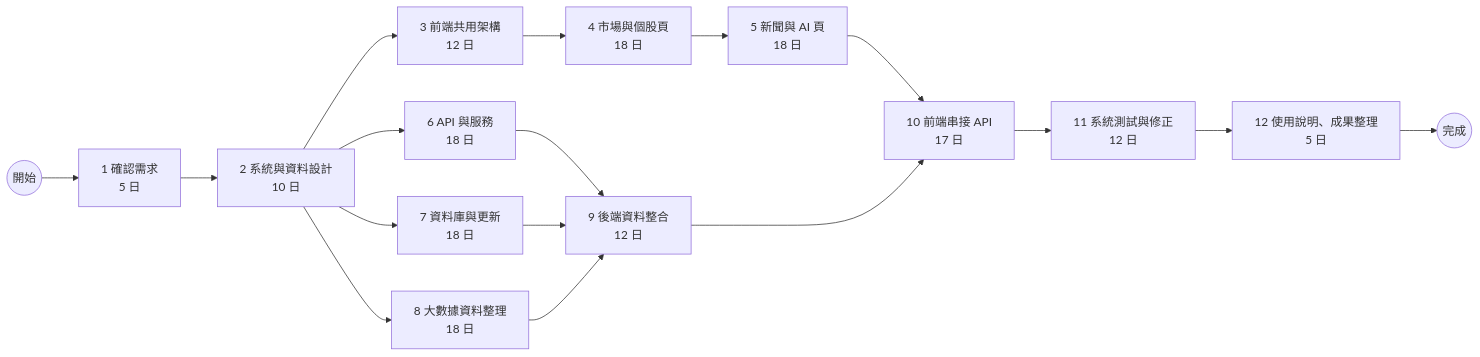
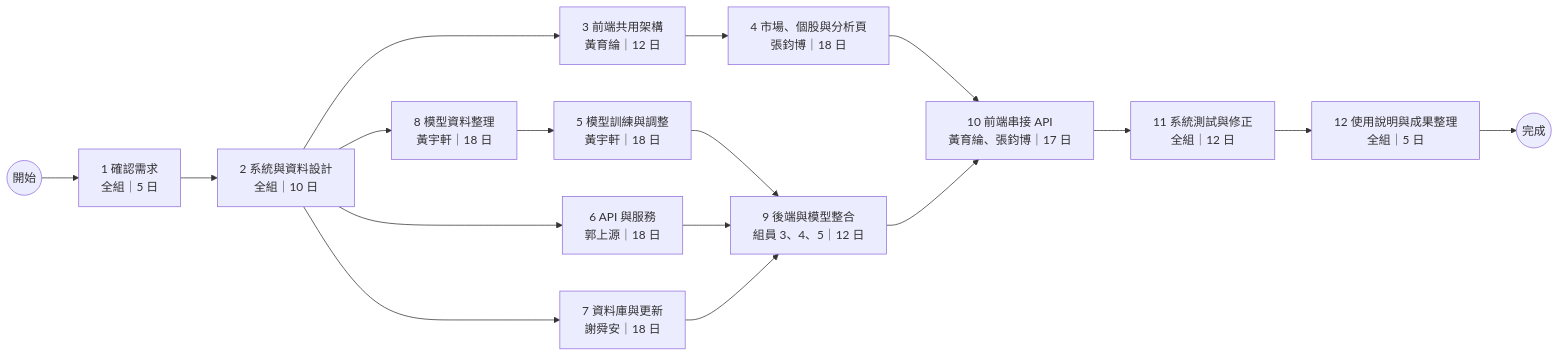
Before and after one commit to c113118204-cpu/Teamproject: the second of 2 diagrams in hw2.md, drawn with Mermaid. The commit also changed other lines of this file, not shown here.

````diff
--- a/hw2.md
+++ b/hw2.md
@@ -67,19 +59,19 @@
 ```mermaid
 flowchart LR
-    S((開始)) --> T1[1 確認需求<br/>5 日]
-    T1 --> T2[2 系統與資料設計<br/>10 日]
-    T2 --> T3[3 前端共用架構<br/>12 日]
-    T3 --> T4[4 市場與個股頁<br/>18 日]
-    T4 --> T5[5 新聞與 AI 頁<br/>18 日]
-    T2 --> T6[6 API 與服務<br/>18 日]
-    T2 --> T7[7 資料庫與更新<br/>18 日]
-    T2 --> T8[8 大數據資料整理<br/>18 日]
-    T6 --> T9[9 後端資料整合<br/>12 日]
+    S((開始)) --> T1[1 確認需求<br/>全組｜5 日]
+    T1 --> T2[2 系統與資料設計<br/>全組｜10 日]
+    T2 --> T3[3 前端共用架構<br/>黃育綸｜12 日]
+    T3 --> T4[4 市場、個股與分析頁<br/>張鈞博｜18 日]
+    T2 --> T6[6 API 與服務<br/>郭上源｜18 日]
+    T2 --> T7[7 資料庫與更新<br/>謝舜安｜18 日]
+    T2 --> T8[8 模型資料整理<br/>黃宇軒｜18 日]
+    T8 --> T5[5 模型訓練與調整<br/>黃宇軒｜18 日]
+    T5 --> T9[9 後端與模型整合<br/>組員 3、4、5｜12 日]
+    T6 --> T9
     T7 --> T9
-    T8 --> T9
-    T5 --> T10[10 前端串接 API<br/>17 日]
+    T4 --> T10[10 前端串接 API<br/>黃育綸、張鈞博｜17 日]
     T9 --> T10
-    T10 --> T11[11 系統測試與修正<br/>12 日]
-    T11 --> T12[12 使用說明、成果整理 <br/>5 日]
+    T10 --> T11[11 系統測試與修正<br/>全組｜12 日]
+    T11 --> T12[12 使用說明與成果整理<br/>全組｜5 日]
     T12 --> F((完成))
 ```
````
